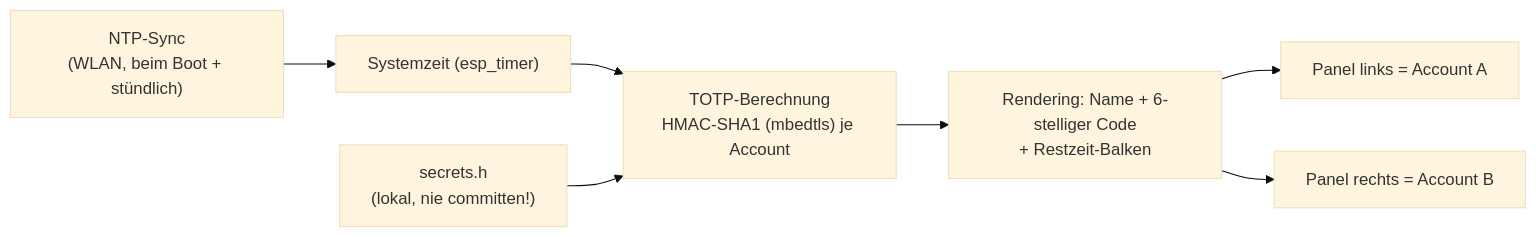
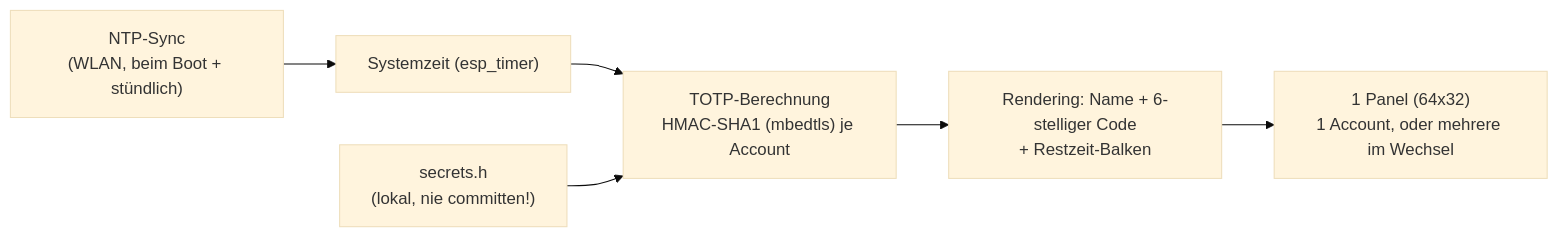
The diagram in docs/matrix5-totp.md (icepaule/IceMatrix), drawn with Mermaid (base theme) before and after one commit. The commit also changed other lines of this file and 2 other files, not shown here.

First line of the commit message:
Fix: Matrix5 is a single HUB75 panel, not two chained panels

````diff
--- a/docs/matrix5-totp.md
+++ b/docs/matrix5-totp.md
@@ -67,9 +99,8 @@
 ```mermaid
 flowchart LR
     NTP["NTP-Sync<br/>(WLAN, beim Boot + stündlich)"] --> Time["Systemzeit (esp_timer)"]
     Time --> TOTP["TOTP-Berechnung<br/>HMAC-SHA1 (mbedtls) je Account"]
     Secrets["secrets.h<br/>(lokal, nie committen!)"] --> TOTP
     TOTP --> Render["Rendering: Name + 6-stelliger Code<br/>+ Restzeit-Balken"]
-    Render --> P1v["Panel links = Account A"]
-    Render --> P2v["Panel rechts = Account B"]
+    Render --> P1["1 Panel (64x32)<br/>1 Account, oder mehrere im Wechsel"]
 ```
````
